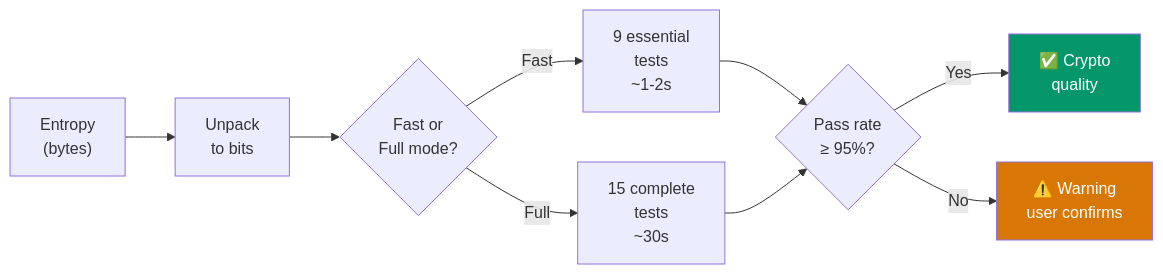
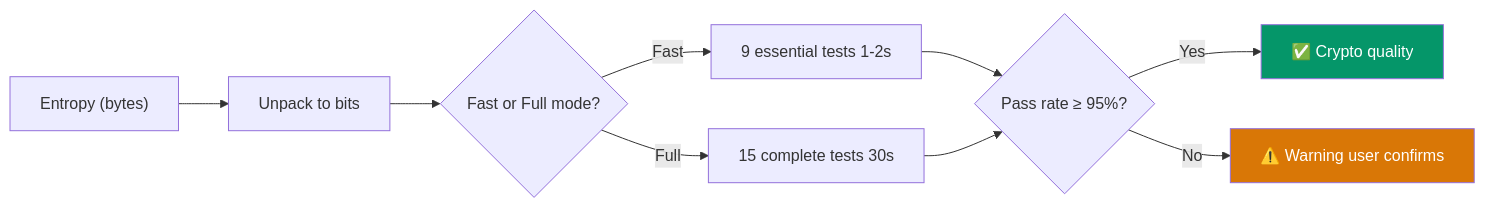
Before and after one commit to Sherub1/RadioNoise: the diagram in docs/nist-tests.md, drawn with Mermaid.

Commit message:
Fix formatting in NIST tests flowchart

````diff
--- a/docs/nist-tests.md
+++ b/docs/nist-tests.md
@@ -7,14 +7,14 @@
 ```mermaid
 flowchart LR
-    A["Entropy\n(bytes)"] --> B["Unpack\nto bits"]
-    B --> C{"Fast or\nFull mode?"}
-    C -->|Fast| D["9 essential\ntests\n~1-2s"]
-    C -->|Full| E["15 complete\ntests\n~30s"]
-    D --> F{Pass rate\n≥ 95%?}
+    A["Entropy (bytes)"] --> B["Unpack to bits"]
+    B --> C{"Fast or Full mode?"}
+    C -->|Fast| D["9 essential tests 1-2s"]
+    C -->|Full| E["15 complete tests 30s"]
+    D --> F{Pass rate ≥ 95%?}
     E --> F
-    F -->|Yes| G["✅ Crypto\nquality"]
-    F -->|No| H["⚠️ Warning\nuser confirms"]
+    F -->|Yes| G["✅ Crypto quality"]
+    F -->|No| H["⚠️ Warning user confirms"]
 
     style G fill:#059669,color:#fff
     style H fill:#d97706,color:#fff
 ```
````
